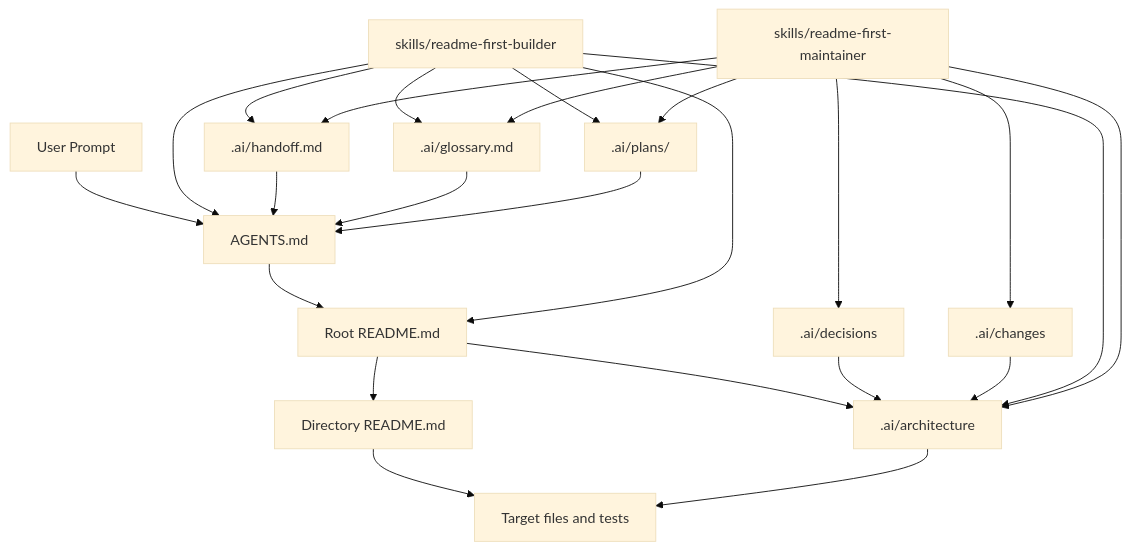
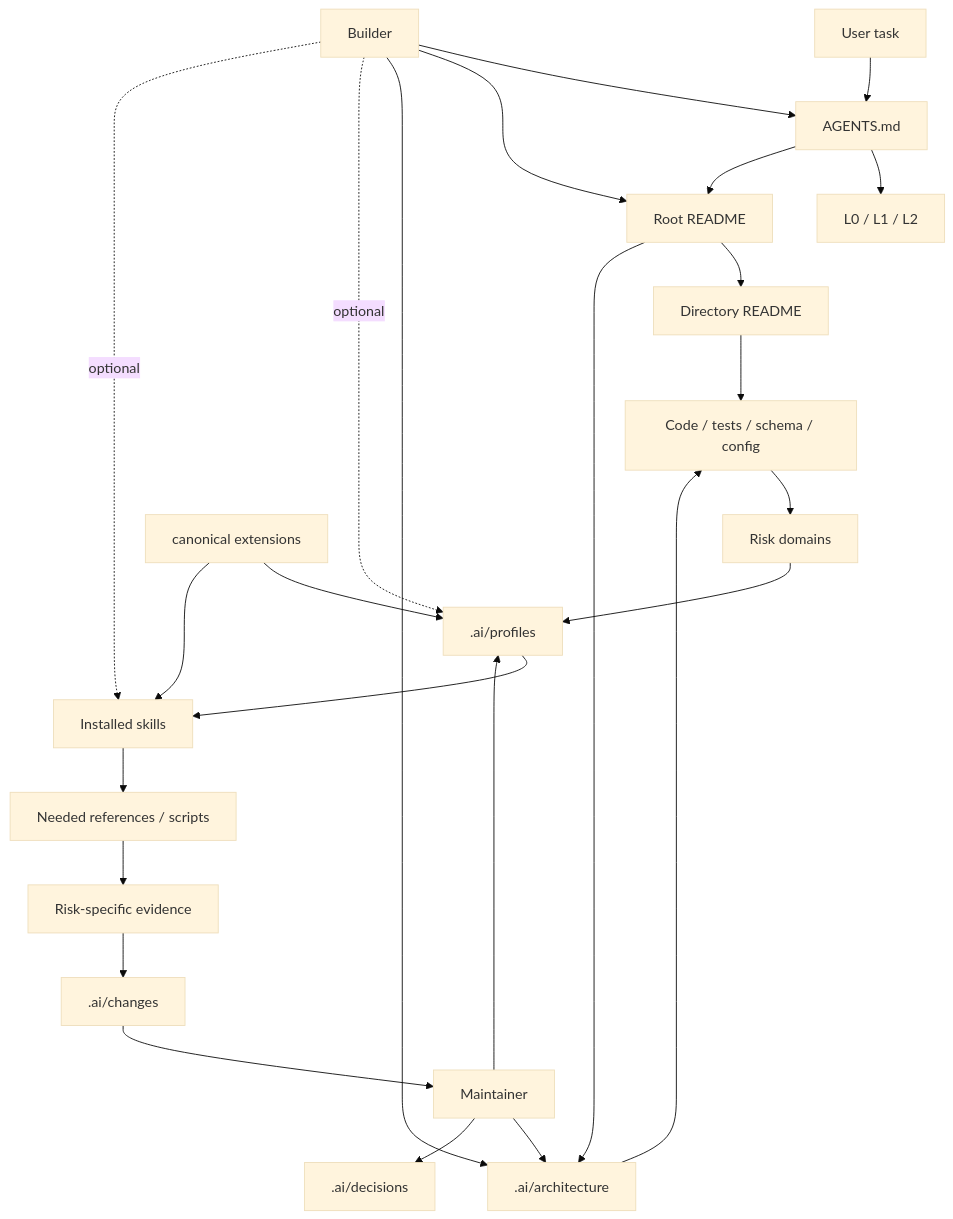
Before and after one commit to endearqb/ReadmeFirst: the diagram in .ai/architecture/context-map.md, drawn with Mermaid (base theme). The commit also changed other lines of this file and 53 other files, not shown here.

Commit message:
feat: add README First v2.2 risk profiles

````diff
--- a/.ai/architecture/context-map.md
+++ b/.ai/architecture/context-map.md
@@ -28,26 +26,27 @@
 ```mermaid
 flowchart TD
-  User["User Prompt"] --> Agents["AGENTS.md"]
-  Agents --> RootReadme["Root README.md"]
-  RootReadme --> DirReadme["Directory README.md"]
-  RootReadme --> Architecture[".ai/architecture"]
-  DirReadme --> Target["Target files and tests"]
-  Architecture --> Target
-  Decisions[".ai/decisions"] --> Architecture
-  Changes[".ai/changes"] --> Architecture
-  Builder["skills/readme-first-builder"] --> Agents
-  Builder --> RootReadme
-  Builder --> Architecture
-  Builder --> Glossary[".ai/glossary.md"]
-  Builder --> Handoff[".ai/handoff.md"]
-  Builder --> Plans[".ai/plans/"]
-  Maintainer["skills/readme-first-maintainer"] --> Changes
-  Maintainer --> Architecture
-  Maintainer --> Decisions
-  Maintainer --> Glossary
-  Maintainer --> Handoff
-  Maintainer --> Plans
-  Handoff --> Agents
-  Glossary --> Agents
-  Plans --> Agents
+  User["User task"] --> Agents["AGENTS.md"]
+  Agents --> Level["L0 / L1 / L2"]
+  Agents --> Root["Root README"]
+  Root --> Dir["Directory README"]
+  Root --> Arch[".ai/architecture"]
+  Dir --> Facts["Code / tests / schema / config"]
+  Arch --> Facts
+  Facts --> Domains["Risk domains"]
+  Domains --> Profiles[".ai/profiles"]
+  Profiles --> Skills["Installed skills"]
+  Skills --> Refs["Needed references / scripts"]
+  Refs --> Evidence["Risk-specific evidence"]
+  Evidence --> Changes[".ai/changes"]
+  Changes --> Maintainer["Maintainer"]
+  Maintainer --> Arch
+  Maintainer --> Profiles
+  Maintainer --> Decisions[".ai/decisions"]
+  Extensions["canonical extensions"] --> Profiles
+  Extensions --> Skills
+  Builder["Builder"] --> Agents
+  Builder --> Root
+  Builder --> Arch
+  Builder -. optional .-> Profiles
+  Builder -. optional .-> Skills
 ```
````
